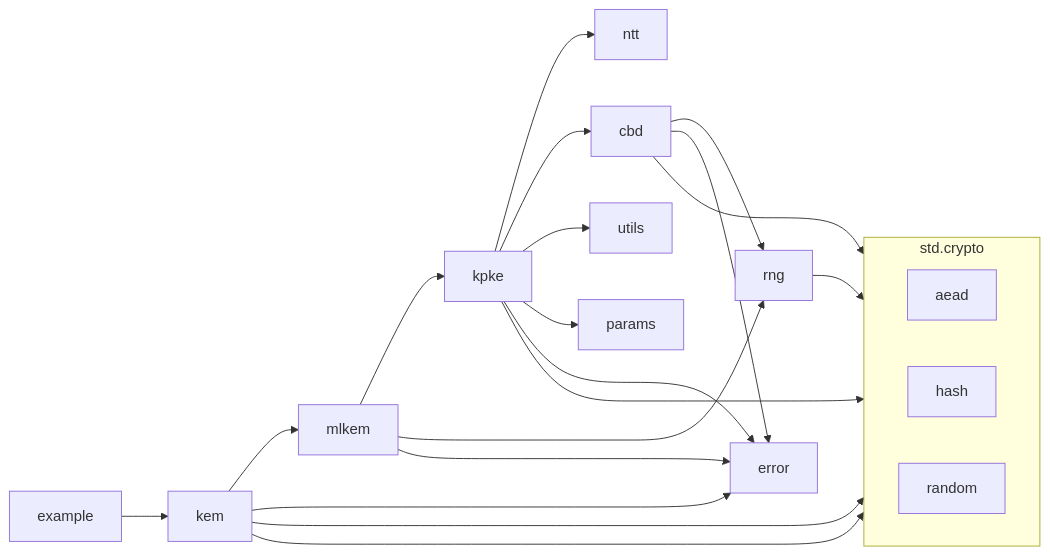
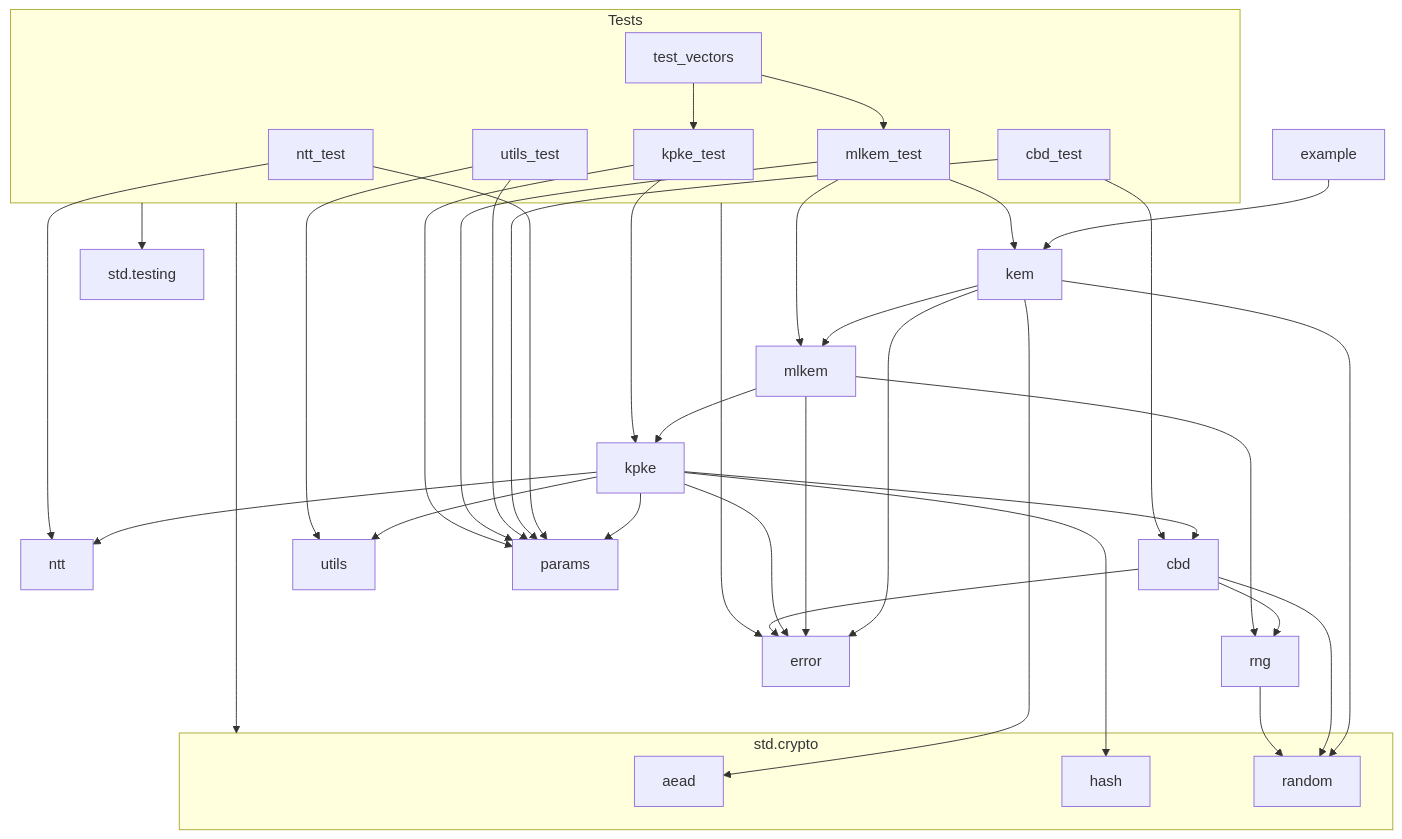
One commit to nshkrdotcom/zips changed the diagram in README.md. Above: the diagram before and after it, drawn with Mermaid. The commit also changed 14 other files, not shown here.

Commit message:
add diagram and filenames on top

````diff
--- a/README.md
+++ b/README.md
@@ -81,27 +81,47 @@
 ```mermaid
-graph LR
+graph TD
     kem --> mlkem
     mlkem --> kpke
     kpke --> ntt
     kpke --> cbd
     kpke --> utils
     kpke --> params
     cbd --> rng
     mlkem --> rng
     example --> kem
-    subgraph "std.crypto"
-        direction LR
+    subgraph SC["std.crypto"]
         aead
         hash
         random
     end
     kem --> aead
     kem --> random
     kpke --> hash
     cbd --> random
     rng --> random
     kem --> error
     mlkem --> error
     kpke --> error
     cbd --> error
+    subgraph Tests["Tests"]
+        ntt_test
+        cbd_test
+        utils_test
+        test_vectors --> mlkem_test
+        test_vectors --> kpke_test
+    end
+    ntt_test --> ntt
+    ntt_test --> params
+    cbd_test --> cbd
+    cbd_test --> params
+    utils_test --> params
+    utils_test --> utils
+    mlkem_test --> mlkem
+    mlkem_test --> kem
+    mlkem_test --> params
+    kpke_test --> kpke
+    kpke_test --> params
+    Tests --> std.testing
+    Tests --> SC
+    Tests --> error
 ```
````
